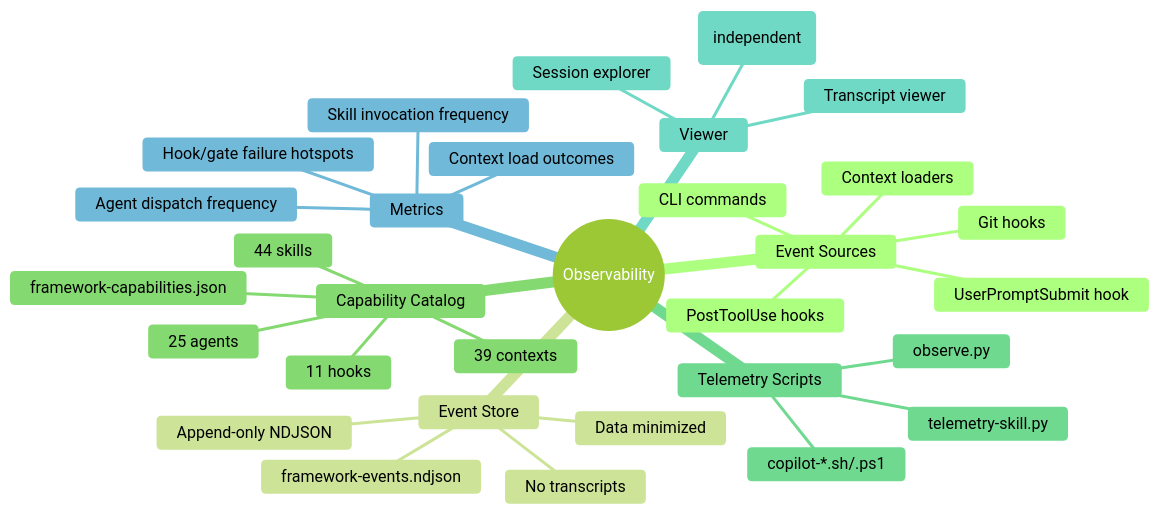
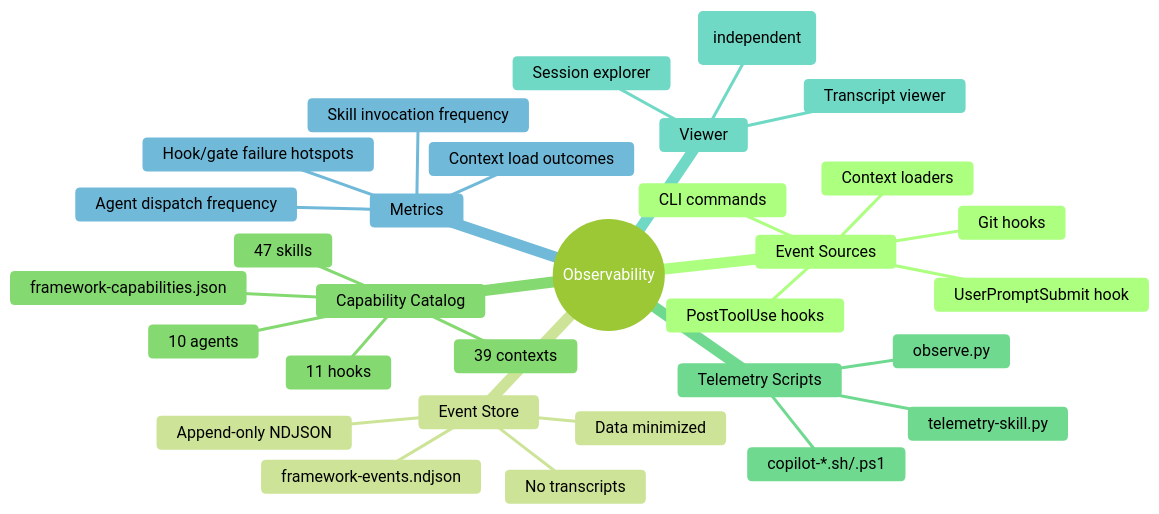
Before and after one commit to arcasilesgroup/ai-engineering: the seventh of 10 diagrams in docs/solution-intent.md, drawn with Mermaid (forest theme). The commit also changed other lines of this file and 89 other files, not shown here.

````diff
--- a/docs/solution-intent.md
+++ b/docs/solution-intent.md
@@ -388,34 +389,34 @@
 ```mermaid
 mindmap
     root((Observability))
         Event Sources
             UserPromptSubmit hook
             PostToolUse hooks
             Context loaders
             Git hooks
             CLI commands
         Event Store
             framework-events.ndjson
             Append-only NDJSON
             Data minimized
             No transcripts
         Capability Catalog
             framework-capabilities.json
-            44 skills
-            25 agents
+            47 skills
+            10 agents
             39 contexts
             11 hooks
         Telemetry Scripts
             telemetry-skill.py
             observe.py
             copilot-*.sh/.ps1
         Viewer
             agentsview (independent)
             Session explorer
             Transcript viewer
         Metrics
             Skill invocation frequency
             Agent dispatch frequency
             Context load outcomes
             Hook/gate failure hotspots
 ```
````
